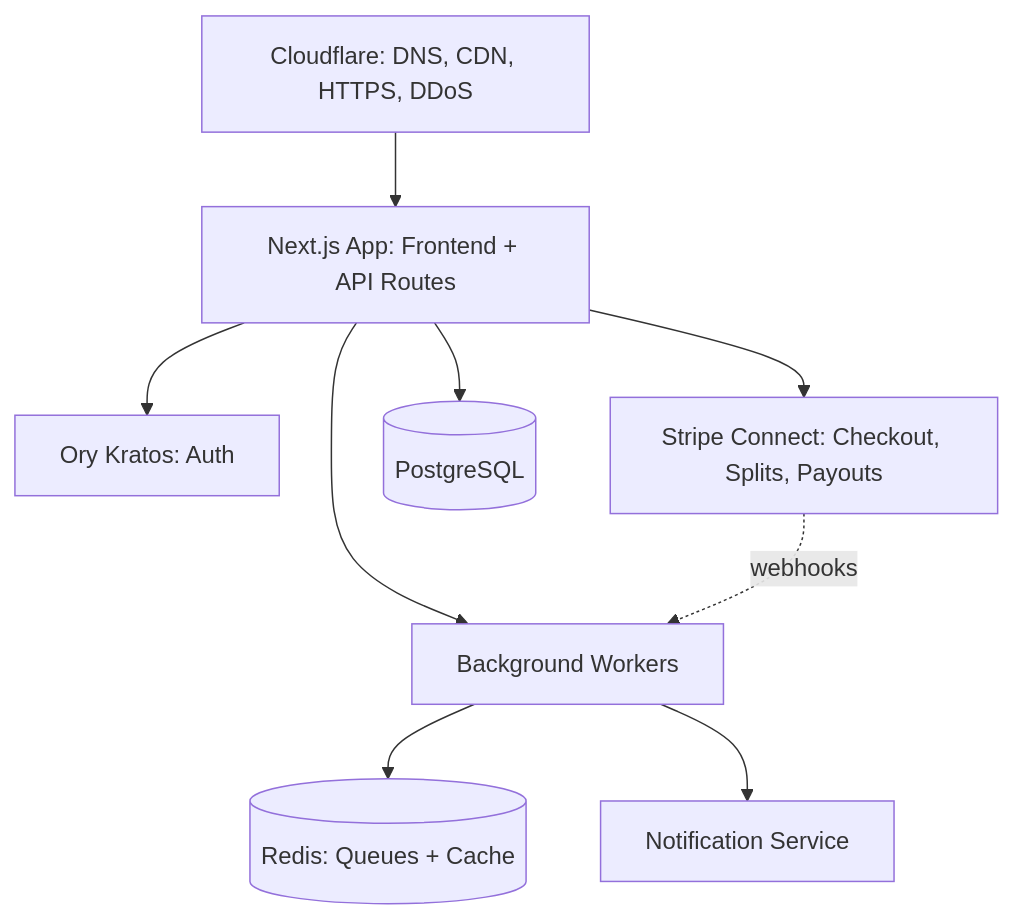
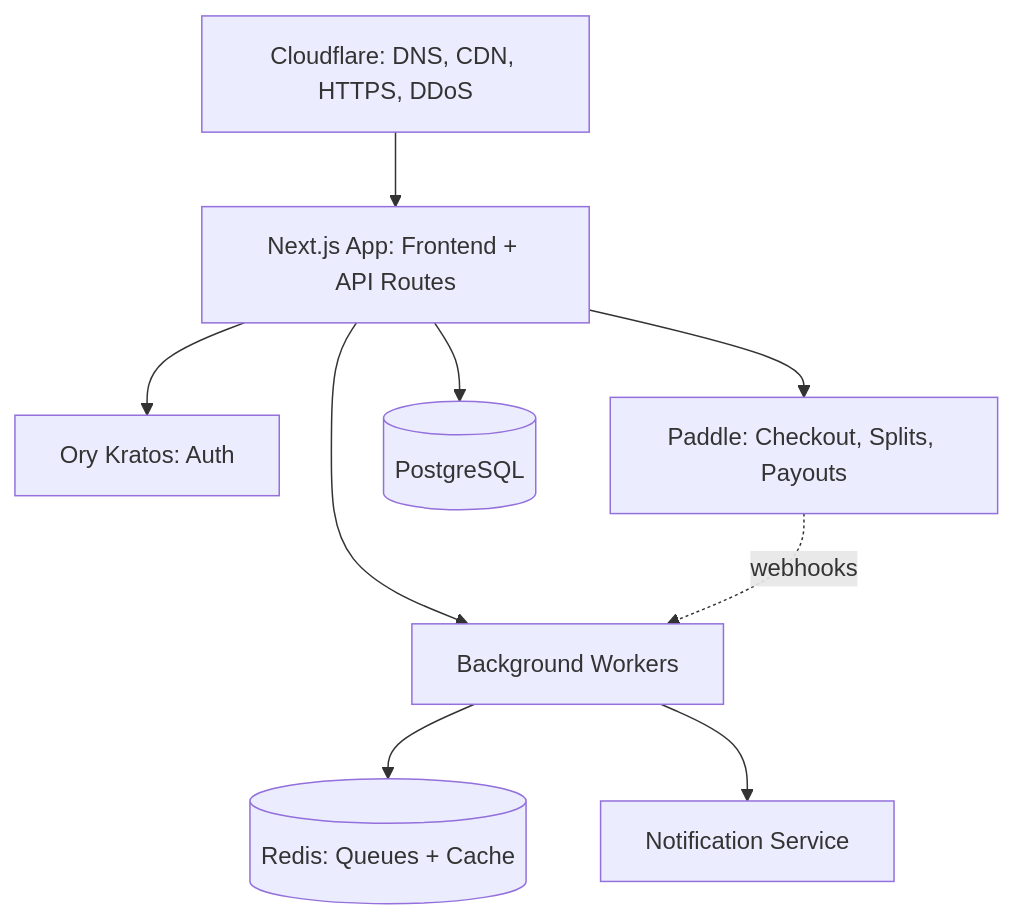
The first of 2 diagrams in Docs/Technical Architecture/System Architecture 3b1b4f1f20fd812cb6e8e4453753d17a.md (sellviabusiness/sellviaproject), drawn with Mermaid before and after one commit. The commit also changed other lines of this file and 68 other files, not shown here.

First line of the commit message:
docs: replace Stripe with Paddle across all docs

````diff
--- a/Docs/Technical Architecture/System Architecture 3b1b4f1f20fd812cb6e8e4453753d17a.md
+++ b/Docs/Technical Architecture/System Architecture 3b1b4f1f20fd812cb6e8e4453753d17a.md
@@ -53,20 +53,20 @@
 ```mermaid
 flowchart TD
     CF[Cloudflare: DNS, CDN, HTTPS, DDoS]
     APP[Next.js App: Frontend + API Routes]
     AUTH[Ory Kratos: Auth]
-    STRIPE[Stripe Connect: Checkout, Splits, Payouts]
+    PADDLE[Paddle: Checkout, Splits, Payouts]
     WORKERS[Background Workers]
     DB[(PostgreSQL)]
     REDIS[(Redis: Queues + Cache)]
     NOTIF[Notification Service]
 
     CF --> APP
     APP --> AUTH
-    APP --> STRIPE
+    APP --> PADDLE
     APP --> DB
     APP --> WORKERS
     WORKERS --> REDIS
     WORKERS --> NOTIF
-    STRIPE -.webhooks.-> WORKERS
+    PADDLE -.webhooks.-> WORKERS
 ```
````
